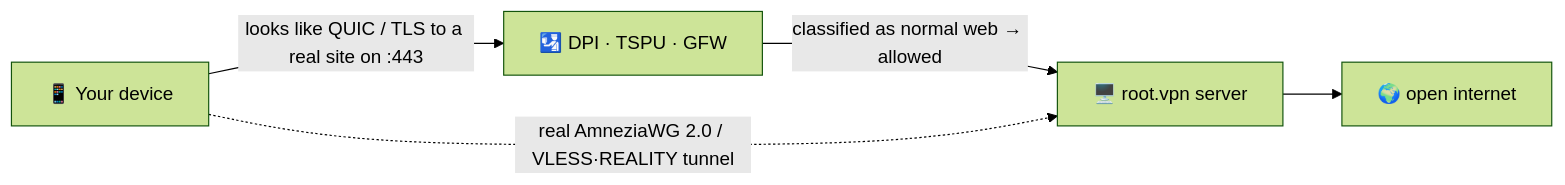
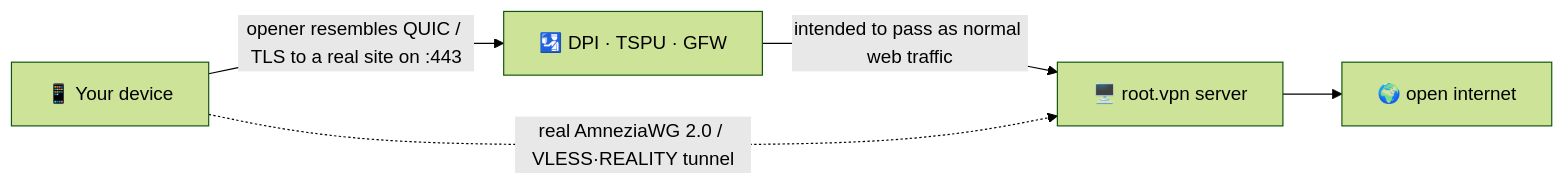
The diagram in README.md (vektort13/root.vpn), drawn with Mermaid (forest theme) before and after one commit. The commit also changed other lines of this file and 3 other files, not shown here.

````diff
--- a/README.md
+++ b/README.md
@@ -62,7 +69,7 @@
 ```mermaid
 flowchart LR
-    C["📱 Your device"] -->|"looks like QUIC / TLS to a real site on :443"| DPI["🛂 DPI · TSPU · GFW"]
-    DPI -->|"classified as normal web → allowed"| S["🖥️ root.vpn server"]
+    C["📱 Your device"] -->|"opener resembles QUIC / TLS to a real site on :443"| DPI["🛂 DPI · TSPU · GFW"]
+    DPI -->|"intended to pass as normal web traffic"| S["🖥️ root.vpn server"]
     C -. "real AmneziaWG 2.0 / VLESS·REALITY tunnel" .-> S
     S --> NET["🌍 open internet"]
 ```
````
